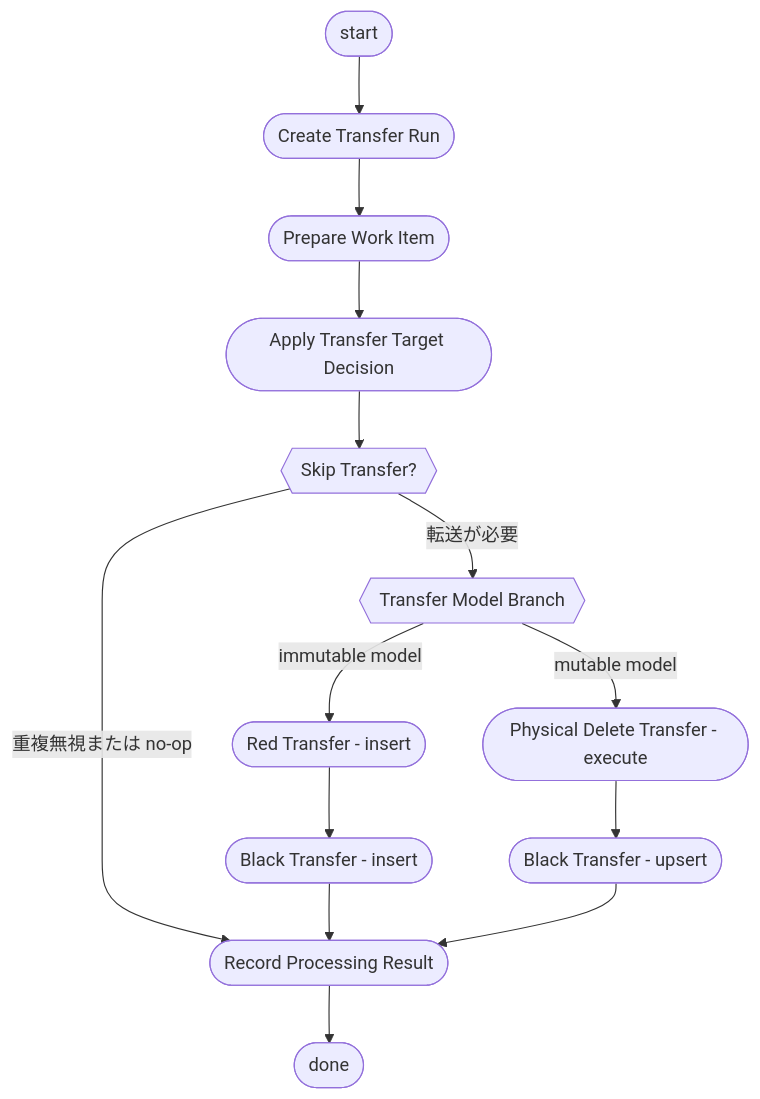
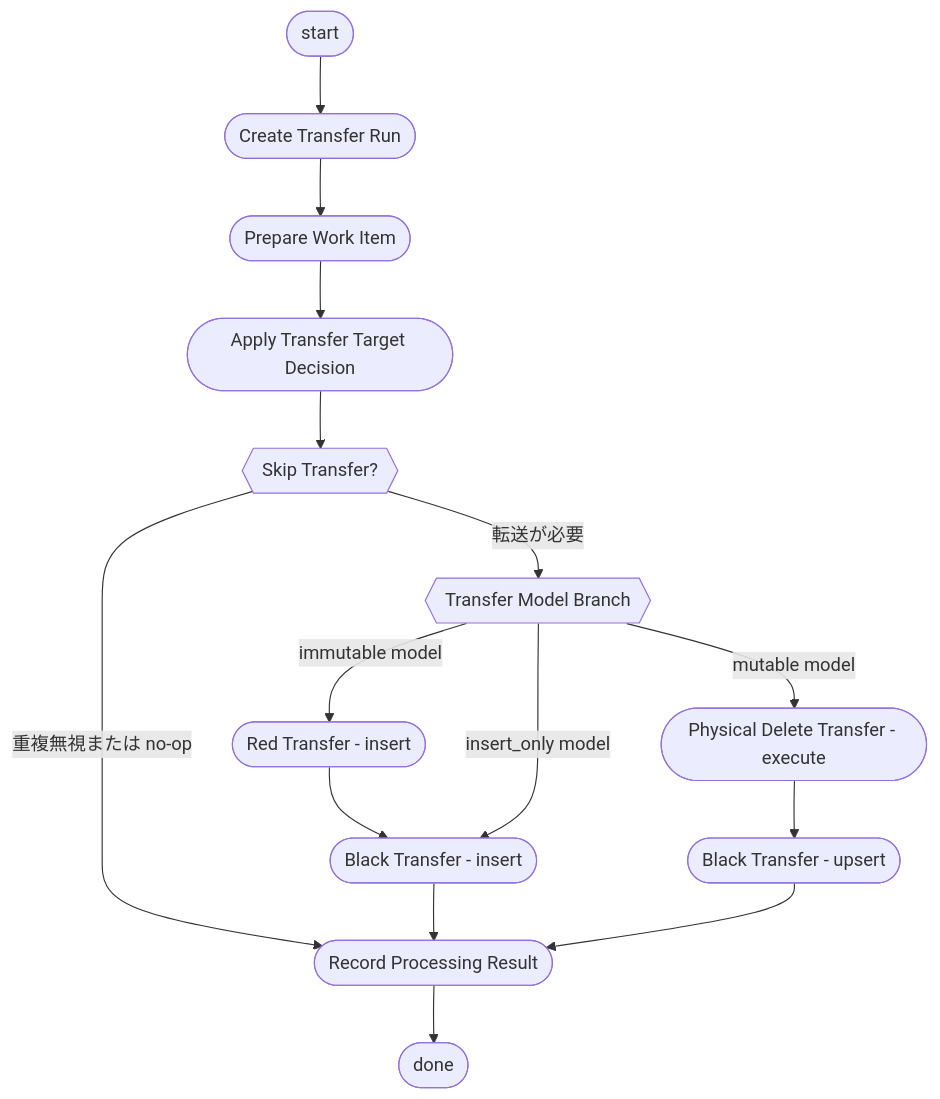
The second of 10 diagrams in docs/processes/transfer-execution-process.md (mk3008/velvet), drawn with Mermaid before and after one commit. The commit also changed other lines of this file, not shown here.

Commit message:
Add insert-only initial branch to transfer process

````diff
--- a/docs/processes/transfer-execution-process.md
+++ b/docs/processes/transfer-execution-process.md
@@ -29,29 +29,30 @@
 ```mermaid
 flowchart TD
   Start(["start"])
   CreateRun(["Create Transfer Run"])
   PrepareWorkItem(["Prepare Work Item"])
   ApplyDecision(["Apply Transfer Target Decision"])
   SkipTransfer{{"Skip Transfer?"}}
   TransferModelBranch{{"Transfer Model Branch"}}
   RedTransfer(["Red Transfer - insert"])
   BlackTransferInsert(["Black Transfer - insert"])
   PhysicalDeleteTransfer(["Physical Delete Transfer - execute"])
   BlackTransferUpsert(["Black Transfer - upsert"])
   RecordResult(["Record Processing Result"])
   Done(["done"])
 
   Start --> CreateRun
   CreateRun --> PrepareWorkItem
   PrepareWorkItem --> ApplyDecision
   ApplyDecision --> SkipTransfer
   SkipTransfer -->|"重複無視または no-op"| RecordResult
   SkipTransfer -->|"転送が必要"| TransferModelBranch
   TransferModelBranch -->|"immutable model"| RedTransfer
   RedTransfer --> BlackTransferInsert
+  TransferModelBranch -->|"insert_only model"| BlackTransferInsert
   BlackTransferInsert --> RecordResult
   TransferModelBranch -->|"mutable model"| PhysicalDeleteTransfer
   PhysicalDeleteTransfer --> BlackTransferUpsert
   BlackTransferUpsert --> RecordResult
   RecordResult --> Done
 ```
````
